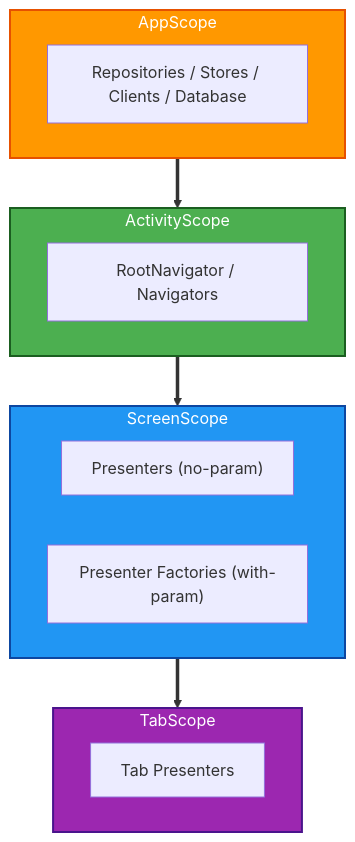
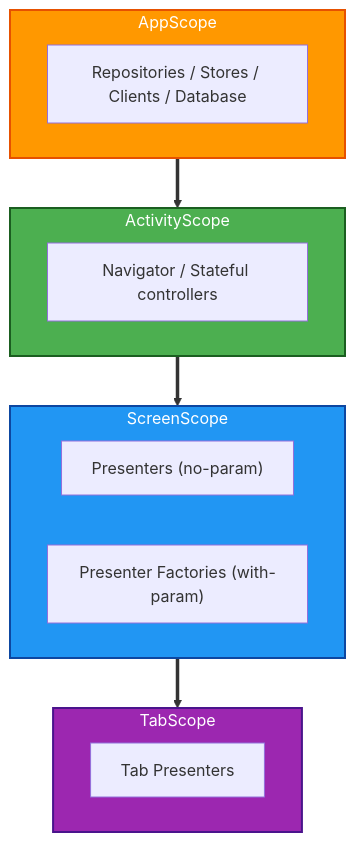
One commit to thomaskioko/tv-maniac changed the diagram in docs/architecture/DI.md. Above: the diagram before and after it, drawn with Mermaid. The commit also changed other lines of this file and 6 other files, not shown here.

Commit message:
docs: update architecture guides to reflect navigation and DI refactor

````diff
--- a/docs/architecture/DI.md
+++ b/docs/architecture/DI.md
@@ -11,32 +27,32 @@
 ```mermaid
 graph TD
     subgraph AS["AppScope"]
         direction LR
         R["Repositories / Stores / Clients / Database"]
     end
 
     subgraph ACS["ActivityScope"]
         direction LR
-        RN["RootNavigator / Navigators"]
+        RN["Navigator / Stateful controllers"]
     end
 
     subgraph SS["ScreenScope"]
         direction LR
         P["Presenters (no-param)"]
         PF["Presenter Factories (with-param)"]
     end
 
     subgraph TS["TabScope"]
         direction LR
         TP["Tab Presenters"]
     end
 
     AS ==> ACS
     ACS ==> SS
     SS ==> TS
 
     style AS fill:#FF9800,color:#fff,stroke:#E65100,stroke-width:2px
     style ACS fill:#4CAF50,color:#fff,stroke:#1B5E20,stroke-width:2px
     style SS fill:#2196F3,color:#fff,stroke:#0D47A1,stroke-width:2px
     style TS fill:#9C27B0,color:#fff,stroke:#4A148C,stroke-width:2px
 ```
````
